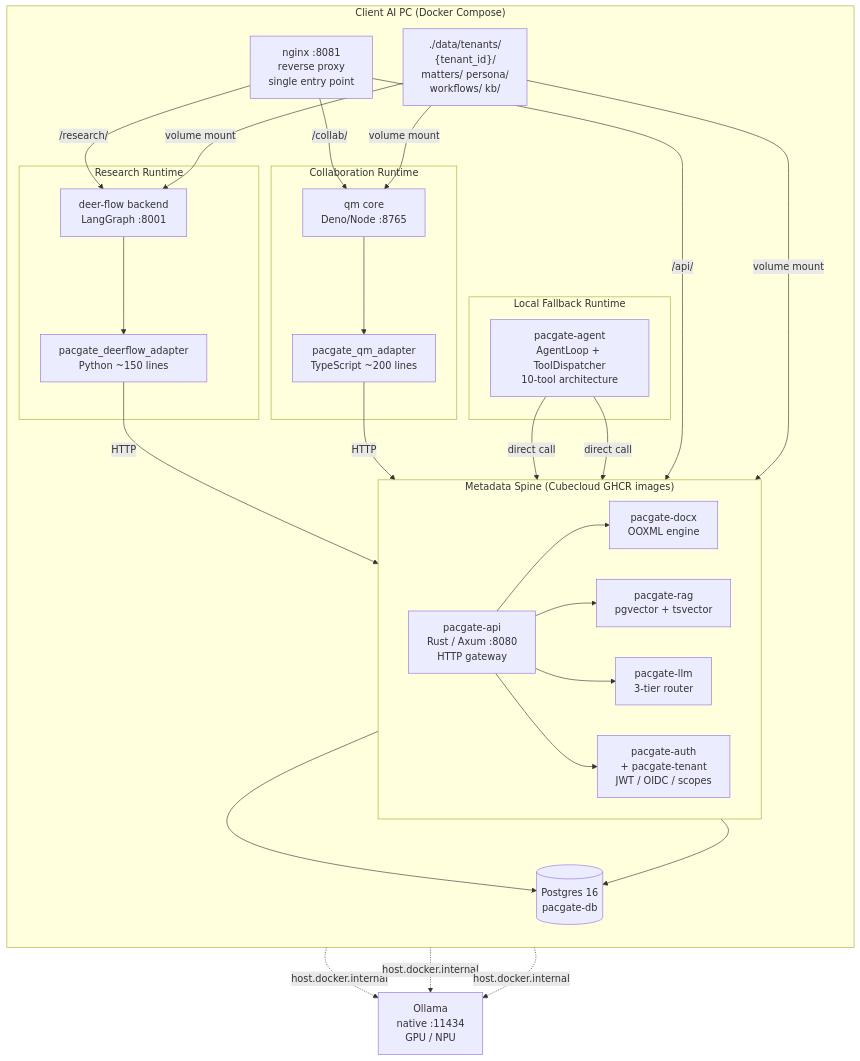
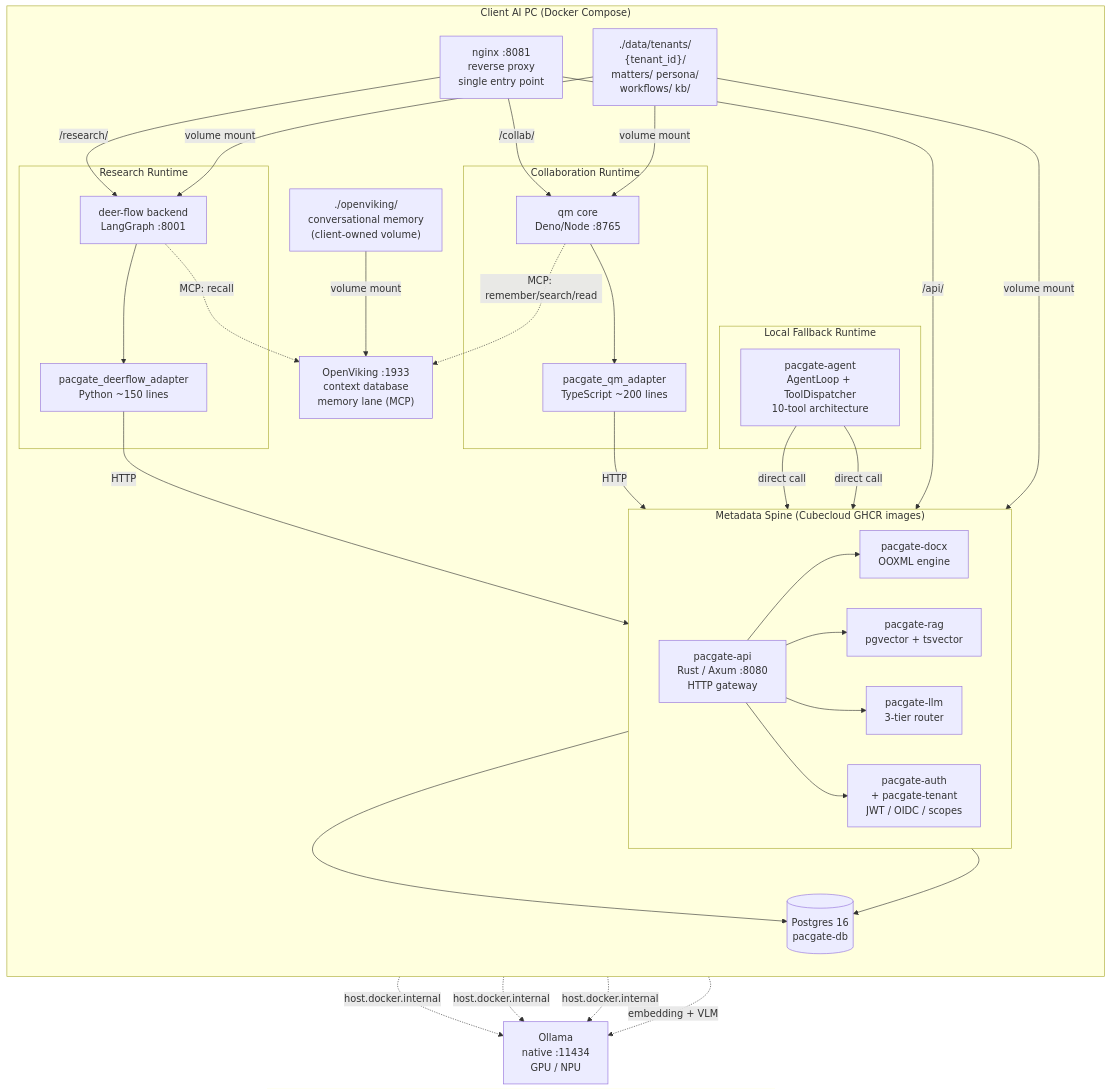
The first of 5 diagrams in deploy/ARCHITECTURE-DIAGRAMS.md (JZKK720/pacgate-ai-pr), drawn with Mermaid before and after one commit. The commit also changed other lines of this file and 2 other files, not shown here.

Commit message:
docs: OpenViking delivery integration (OV-1..3)
- Handbook: architecture update (5 services), new Stage 3.5 OpenViking
  verification, smoke checklist entries (health, MCP tools, cross-session
  recall, ./openviking persistence), boundary rule
- ARCHITECTURE-DIAGRAMS: OpenViking node + MCP edges + client-owned
  ./openviking volume; upstream box notes AGPL-3.0
- COPILOT_CONTEXT: third upstream (OpenViking), memory boundary rule,
  identity mapping (TenantId->account, MatterId->peer, UserId->user)

````diff
--- a/deploy/ARCHITECTURE-DIAGRAMS.md
+++ b/deploy/ARCHITECTURE-DIAGRAMS.md
@@ -8,60 +8,67 @@
 ```mermaid
 graph TB
     subgraph Client["Client AI PC (Docker Compose)"]
         direction TB
 
         NGINX["nginx :8081<br/>reverse proxy<br/>single entry point"]
 
         subgraph Spine["Metadata Spine (Cubecloud GHCR images)"]
             direction LR
             API["pacgate-api<br/>Rust / Axum :8080<br/>HTTP gateway"]
             DOCX["pacgate-docx<br/>OOXML engine"]
             RAG["pacgate-rag<br/>pgvector + tsvector"]
             LLM["pacgate-llm<br/>3-tier router"]
             AUTH["pacgate-auth<br/>+ pacgate-tenant<br/>JWT / OIDC / scopes"]
             API --> DOCX
             API --> RAG
             API --> LLM
             API --> AUTH
         end
 
         subgraph Research["Research Runtime"]
             DF["deer-flow backend<br/>LangGraph :8001"]
             DFA["pacgate_deerflow_adapter<br/>Python ~150 lines"]
             DF --> DFA
             DFA -->|HTTP| API
         end
 
         subgraph Collab["Collaboration Runtime"]
             QM["qm core<br/>Deno/Node :8765"]
             QMA["pacgate_qm_adapter<br/>TypeScript ~200 lines"]
             QM --> QMA
             QMA -->|HTTP| API
         end
 
         subgraph Local["Local Fallback Runtime"]
             AGENT["pacgate-agent<br/>AgentLoop + ToolDispatcher<br/>10-tool architecture"]
             AGENT -->|direct call| DOCX
             AGENT -->|direct call| RAG
         end
 
         DB[("Postgres 16<br/>pacgate-db")]
+        OV["OpenViking :1933<br/>context database<br/>memory lane (MCP)"]
         DATA["./data/tenants/<br/>{tenant_id}/<br/>matters/ persona/<br/>workflows/ kb/"]
+        OVDATA["./openviking/<br/>conversational memory<br/>(client-owned volume)"]
     end
 
     OLLAMA["Ollama<br/>native :11434<br/>GPU / NPU"]
 
     NGINX -->|"/research/"| DF
     NGINX -->|"/collab/"| QM
     NGINX -->|"/api/"| API
 
+    DF -.->|"MCP: recall"| OV
+    QM -.->|"MCP: remember/search/read"| OV
+
     AUTH --> DB
     API --> DB
     DF -.->|host.docker.internal| OLLAMA
     QM -.->|host.docker.internal| OLLAMA
     LLM -.->|host.docker.internal| OLLAMA
+    OV -.->|embedding + VLM| OLLAMA
 
     DATA -->|volume mount| API
     DATA -->|volume mount| DF
     DATA -->|volume mount| QM
+    OVDATA -->|volume mount| OV
 ```
````
